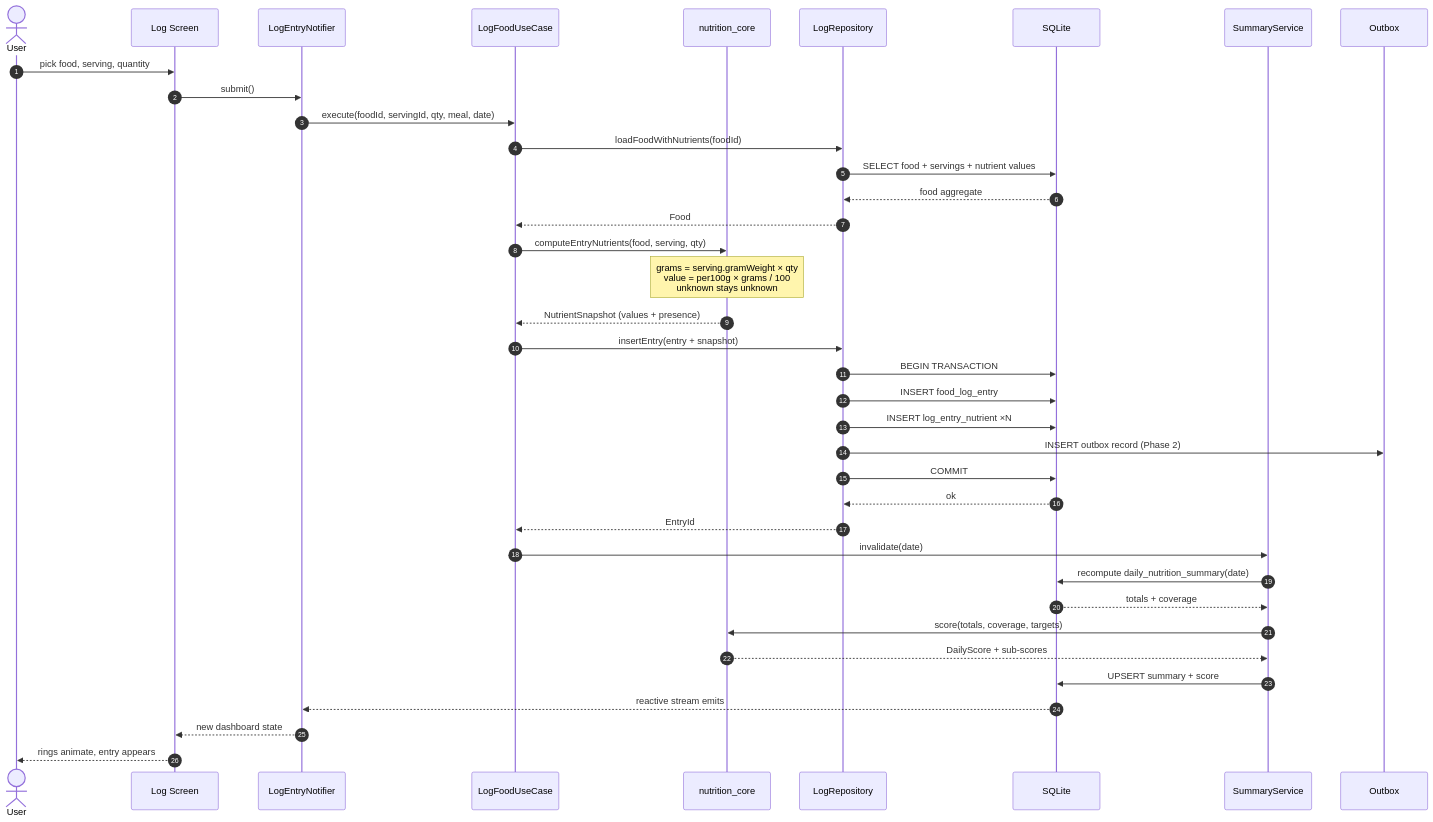
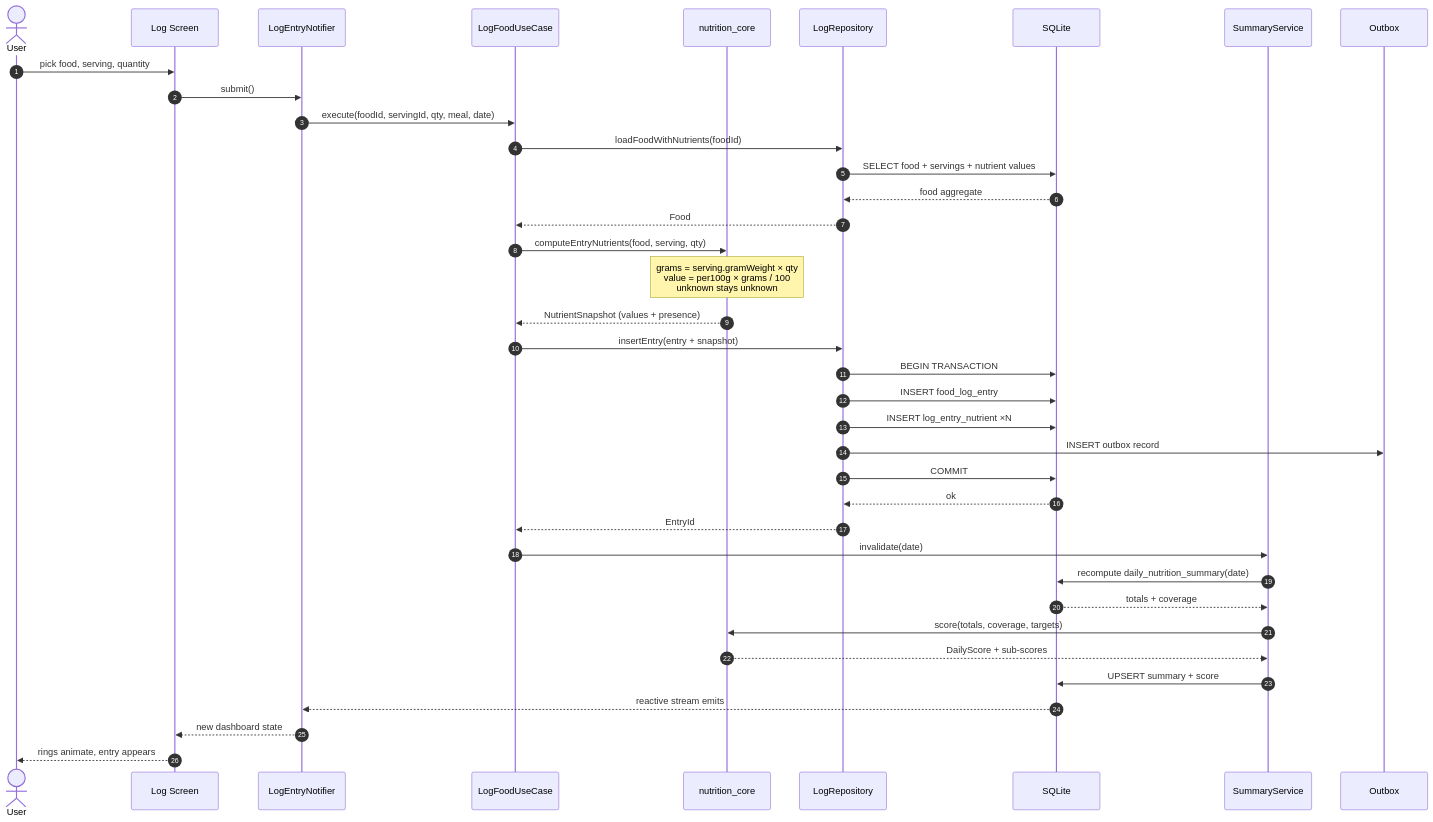
The third of 5 diagrams in docs/architecture/03-system-architecture.md (patel-keyur-18/nourishly), drawn with Mermaid before and after one commit. The commit also changed other lines of this file and 12 other files, not shown here.

First line of the commit message:
docs(architecture): revise to v0.2 for review decisions

````diff
--- a/docs/architecture/03-system-architecture.md
+++ b/docs/architecture/03-system-architecture.md
@@ -139,41 +139,41 @@
 ```mermaid
 sequenceDiagram
     autonumber
     actor U as User
     participant UI as Log Screen
     participant VM as LogEntryNotifier
     participant UC as LogFoodUseCase
     participant CORE as nutrition_core
     participant REPO as LogRepository
     participant DB as SQLite
     participant SUM as SummaryService
     participant OB as Outbox
 
     U->>UI: pick food, serving, quantity
     UI->>VM: submit()
     VM->>UC: execute(foodId, servingId, qty, meal, date)
     UC->>REPO: loadFoodWithNutrients(foodId)
     REPO->>DB: SELECT food + servings + nutrient values
     DB-->>REPO: food aggregate
     REPO-->>UC: Food
     UC->>CORE: computeEntryNutrients(food, serving, qty)
     Note over CORE: grams = serving.gramWeight × qty<br/>value = per100g × grams / 100<br/>unknown stays unknown
     CORE-->>UC: NutrientSnapshot (values + presence)
     UC->>REPO: insertEntry(entry + snapshot)
     REPO->>DB: BEGIN TRANSACTION
     REPO->>DB: INSERT food_log_entry
     REPO->>DB: INSERT log_entry_nutrient ×N
-    REPO->>OB: INSERT outbox record (Phase 2)
+    REPO->>OB: INSERT outbox record
     REPO->>DB: COMMIT
     DB-->>REPO: ok
     REPO-->>UC: EntryId
     UC->>SUM: invalidate(date)
     SUM->>DB: recompute daily_nutrition_summary(date)
     DB-->>SUM: totals + coverage
     SUM->>CORE: score(totals, coverage, targets)
     CORE-->>SUM: DailyScore + sub-scores
     SUM->>DB: UPSERT summary + score
     DB-->>VM: reactive stream emits
     VM-->>UI: new dashboard state
     UI-->>U: rings animate, entry appears
 ```
````
